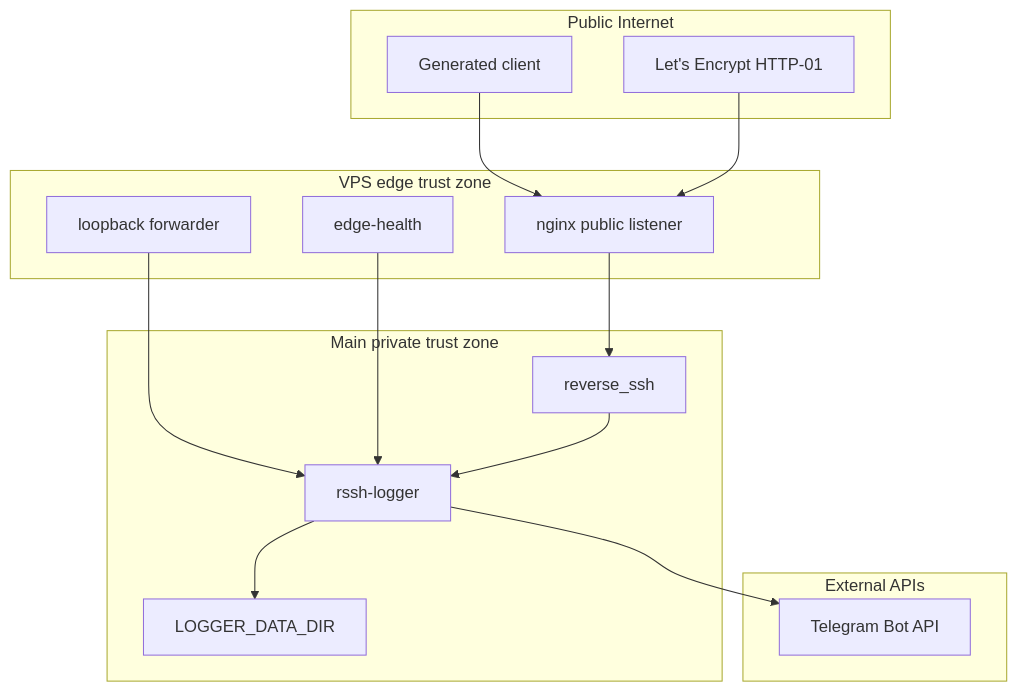
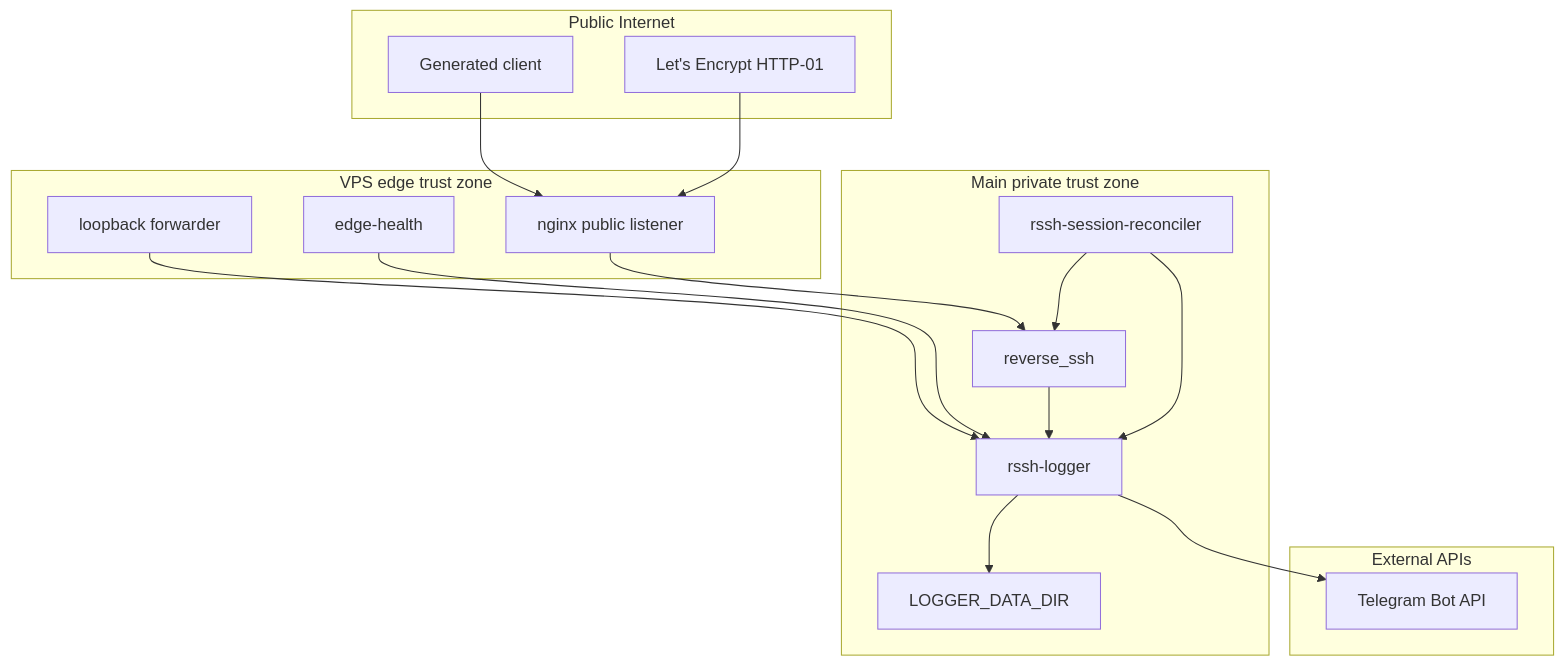
One commit to durck/reverse_logger changed diagram 16 of 16 in docs/architecture.md. Above: the diagram before and after it, drawn with Mermaid. The commit also changed other lines of this file and 3 other files, not shown here.

Commit message:
docs: update monitoring architecture

````diff
--- a/docs/architecture.md
+++ b/docs/architecture.md
@@ -578,32 +652,35 @@
 ```mermaid
 flowchart TB
     subgraph Public["Public Internet"]
         Client["Generated client"]
         LE["Let's Encrypt HTTP-01"]
     end
 
     subgraph VPSEdge["VPS edge trust zone"]
         Nginx["nginx public listener"]
         Forwarder["loopback forwarder"]
         Health["edge-health"]
     end
 
     subgraph MainPrivate["Main private trust zone"]
         RSSH["reverse_ssh"]
+        Reconciler["rssh-session-reconciler"]
         Logger["rssh-logger"]
         DB["LOGGER_DATA_DIR"]
     end
 
     subgraph ExternalAPIs["External APIs"]
         TG["Telegram Bot API"]
     end
 
     Client --> Nginx
     LE --> Nginx
     Nginx --> RSSH
     Forwarder --> Logger
     Health --> Logger
     RSSH --> Logger
+    Reconciler --> RSSH
+    Reconciler --> Logger
     Logger --> DB
     Logger --> TG
 ```
````
